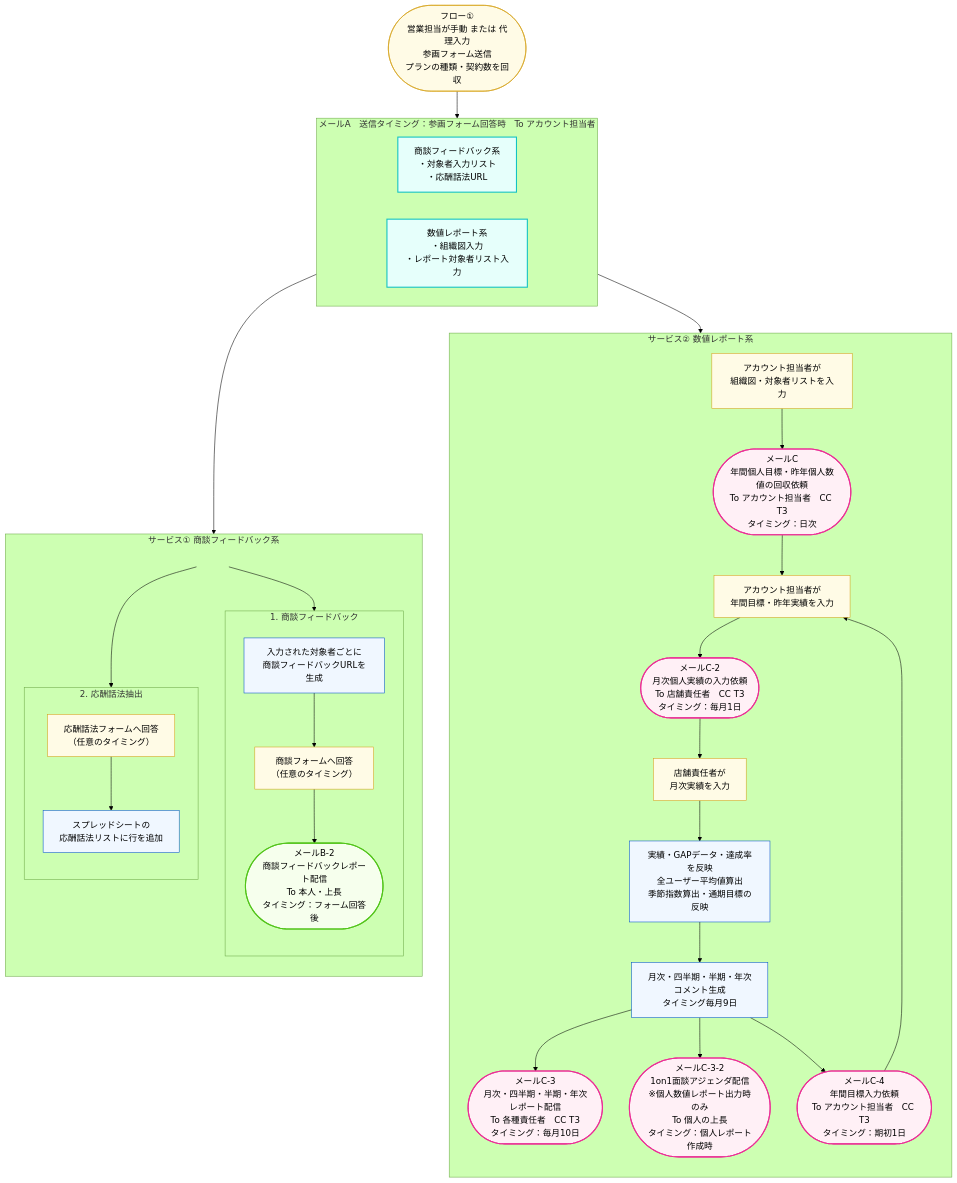
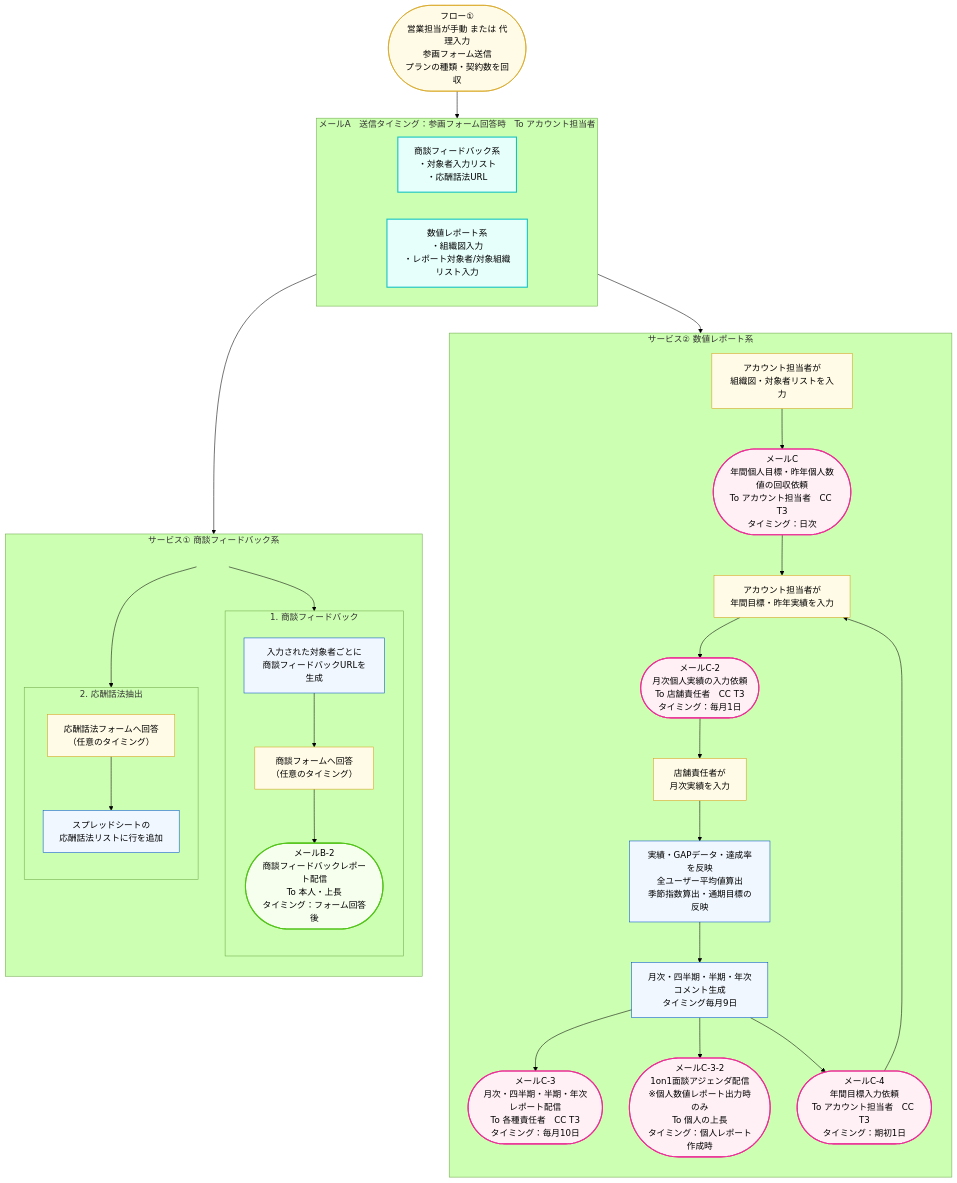
The diagram in autosales_setting_flow.md (sodaitanaka/infrastructure), drawn with Mermaid (forest theme) before and after one commit.

````diff
--- a/autosales_setting_flow.md
+++ b/autosales_setting_flow.md
@@ -3,74 +3,74 @@
 ```mermaid
 flowchart TD
     classDef userTask fill:#fffbe6,stroke:#d4a017,stroke-width:1px;
     classDef systemTask fill:#f0f7ff,stroke:#0052cc,stroke-width:1px;
     classDef mailA fill:#e6fffb,stroke:#13c2c2,stroke-width:2px;
     classDef mailB fill:#f6ffed,stroke:#52c41a,stroke-width:2px;
     classDef mailC fill:#fff0f6,stroke:#eb2f96,stroke-width:2px;
 
     %% ===== フロー① 起点 =====
     F1(["フロー①\n営業担当が手動 または 代理入力\n参画フォーム送信\nプランの種類・契約数を回収"]):::userTask
 
     F1 --> MA
 
     %% ===== メールA =====
     subgraph MA["メールA　送信タイミング：参画フォーム回答時　To アカウント担当者"]
         direction LR
         MA1["商談フィードバック系\n・対象者入力リスト\n・応酬話法URL"]:::mailA
-        MA2["数値レポート系\n・組織図入力\n・レポート対象者リスト入力"]:::mailA
+        MA2["数値レポート系\n・組織図入力\n・レポート対象者/対象組織リスト入力"]:::mailA
     end
 
     MA --> SYS1 & SYS2
 
     %% ===== 商談フィードバック系 =====
     subgraph SYS1["サービス① 商談フィードバック系"]
         direction TB
 
         SYS1_START[ ]
         SYS1_START --> B1_2 & B2_2
 
         subgraph B1["1. 商談フィードバック"]
             direction TB
             B1_2[入力された対象者ごとに\n商談フィードバックURLを生成]:::systemTask
             B1_2 --> B1_3["商談フォームへ回答\n（任意のタイミング）"]:::userTask
             B1_3 --> B1_4(["メールB-2\n商談フィードバックレポート配信\nTo 本人・上長\nタイミング：フォーム回答後"]):::mailB
         end
 
         subgraph B2["2. 応酬話法抽出"]
             direction TB
             B2_2["応酬話法フォームへ回答\n（任意のタイミング）"]:::userTask
             B2_2 --> B2_3[スプレッドシートの\n応酬話法リストに行を追加]:::systemTask
         end
     end
 
     style SYS1_START fill:none,stroke:none
 
     %% ===== 数値レポート系 =====
     subgraph SYS2["サービス② 数値レポート系"]
         direction TB
         H1[アカウント担当者が\n組織図・対象者リストを入力]:::userTask
         H1 --> MC
 
         MC(["メールC\n年間個人目標・昨年個人数値の回収依頼\nTo アカウント担当者　CC T3\nタイミング：日次"]):::mailC
 
         MC --> H2[アカウント担当者が\n年間目標・昨年実績を入力]:::userTask
         H2 --> MC2
 
         MC2(["メールC-2\n月次個人実績の入力依頼\nTo 店舗責任者　CC T3\nタイミング：毎月1日"]):::mailC
 
         MC2 --> H4[店舗責任者が\n月次実績を入力]:::userTask
         H4 --> H5["実績・GAPデータ・達成率を反映\n全ユーザー平均値算出\n季節指数算出・通期目標の反映"]:::systemTask
 
         H5 --> GEN[月次・四半期・半期・年次\nコメント生成 \nタイミング毎月9日]:::systemTask
 
         GEN --> MC3 & MC32 & MC4
 
         MC3(["メールC-3\n月次・四半期・半期・年次レポート配信\nTo 各種責任者　CC T3\nタイミング：毎月10日"]):::mailC
 
         MC32(["メールC-3-2\n1on1面談アジェンダ配信\n※個人数値レポート出力時のみ\nTo 個人の上長\nタイミング：個人レポート作成時"]):::mailC
 
         MC4(["メールC-4\n年間目標入力依頼\nTo アカウント担当者　CC T3\nタイミング：期初1日"]):::mailC
 
         MC4 --> H2
     end
 ```
````
